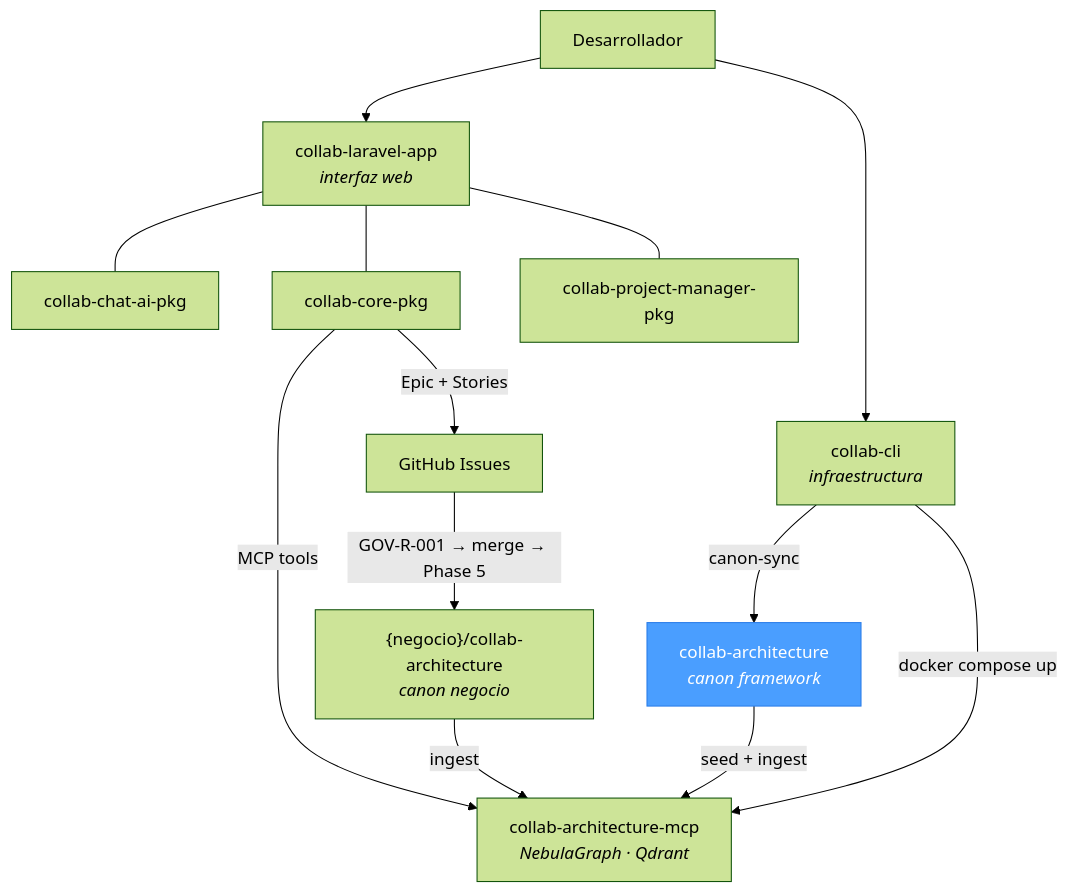
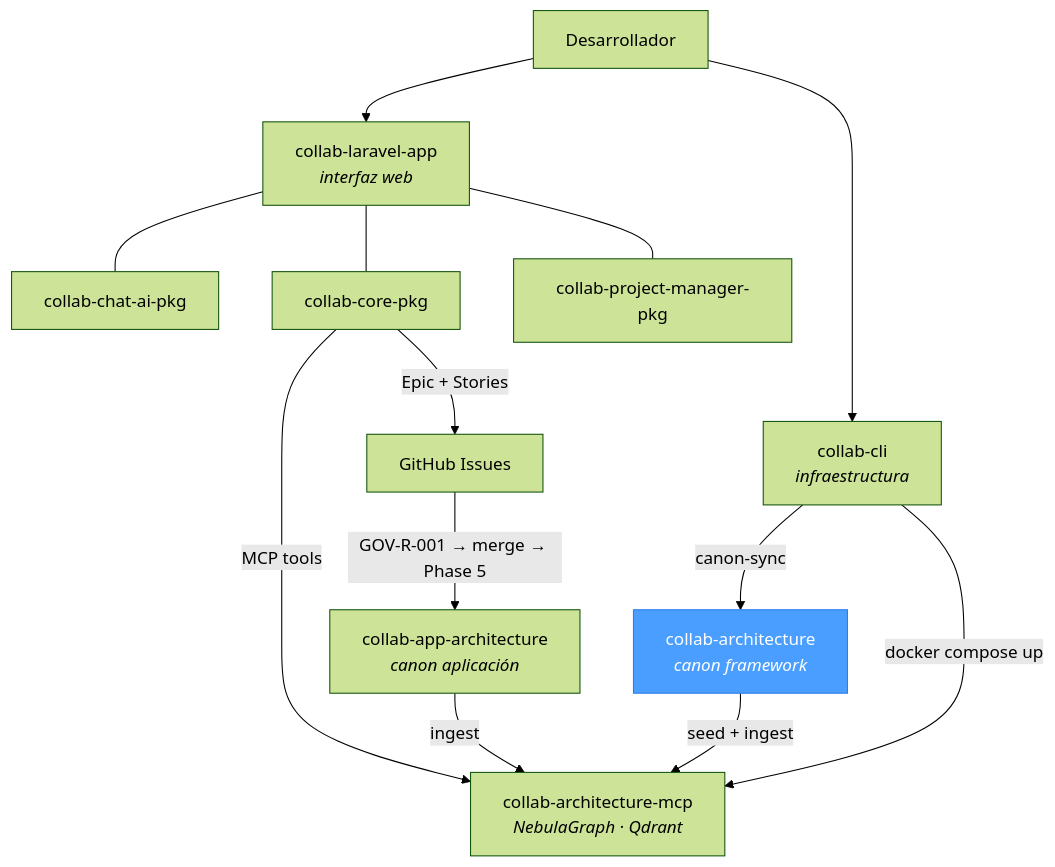
Before and after one commit to uxmaltech/collab-architecture: the diagram in README.md, drawn with Mermaid (forest theme). The commit also changed 1 other file, not shown here.

Commit message:
docs: update ADR-006 and diagrams for configurable business canon repo
ADR-006: business canon repo name is now configurable per project,
not tied to {business}/collab-architecture naming convention.
collab-cli will ask during init (indexed mode) which repo to use.

Diagrams updated to show collab-app-architecture as the first
application canon repo for the Collab platform.

````diff
--- a/README.md
+++ b/README.md
@@ -16,20 +16,20 @@
 ```mermaid
 graph TD
     DEV[Desarrollador] --> APP[collab-laravel-app<br><i>interfaz web</i>]
     DEV --> CLI[collab-cli<br><i>infraestructura</i>]
 
     APP --- CHAT[collab-chat-ai-pkg]
     APP --- CORE[collab-core-pkg]
     APP --- PM[collab-project-manager-pkg]
 
     CLI -- canon-sync --> CA[collab-architecture<br><i>canon framework</i>]
     CLI -- docker compose up --> MCP[collab-architecture-mcp<br><i>NebulaGraph · Qdrant</i>]
     CA -- seed + ingest --> MCP
 
     CORE -- MCP tools --> MCP
     CORE -- "Epic + Stories" --> GH[GitHub Issues]
-    GH -- "GOV-R-001 → merge → Phase 5" --> BCA["{negocio}/collab-architecture<br><i>canon negocio</i>"]
+    GH -- "GOV-R-001 → merge → Phase 5" --> BCA[collab-app-architecture<br><i>canon aplicación</i>]
     BCA -- ingest --> MCP
 
     style CA fill:#4a9eff,stroke:#2b7de9,color:#fff
 ```
````
